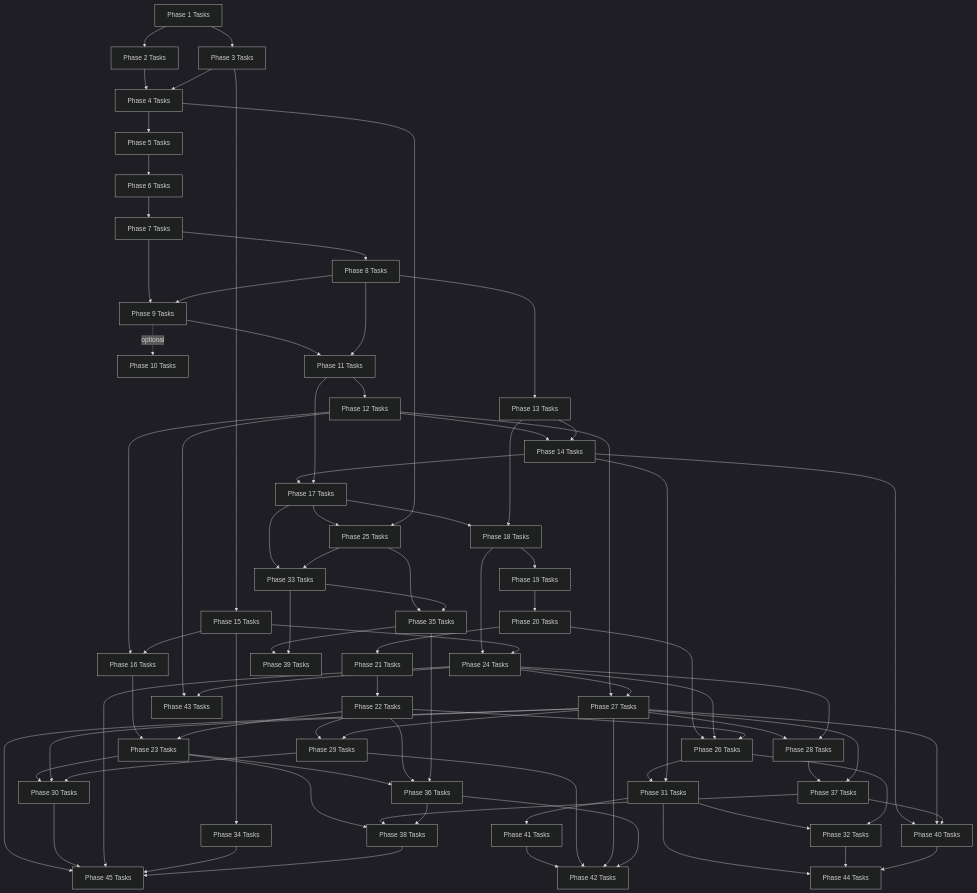
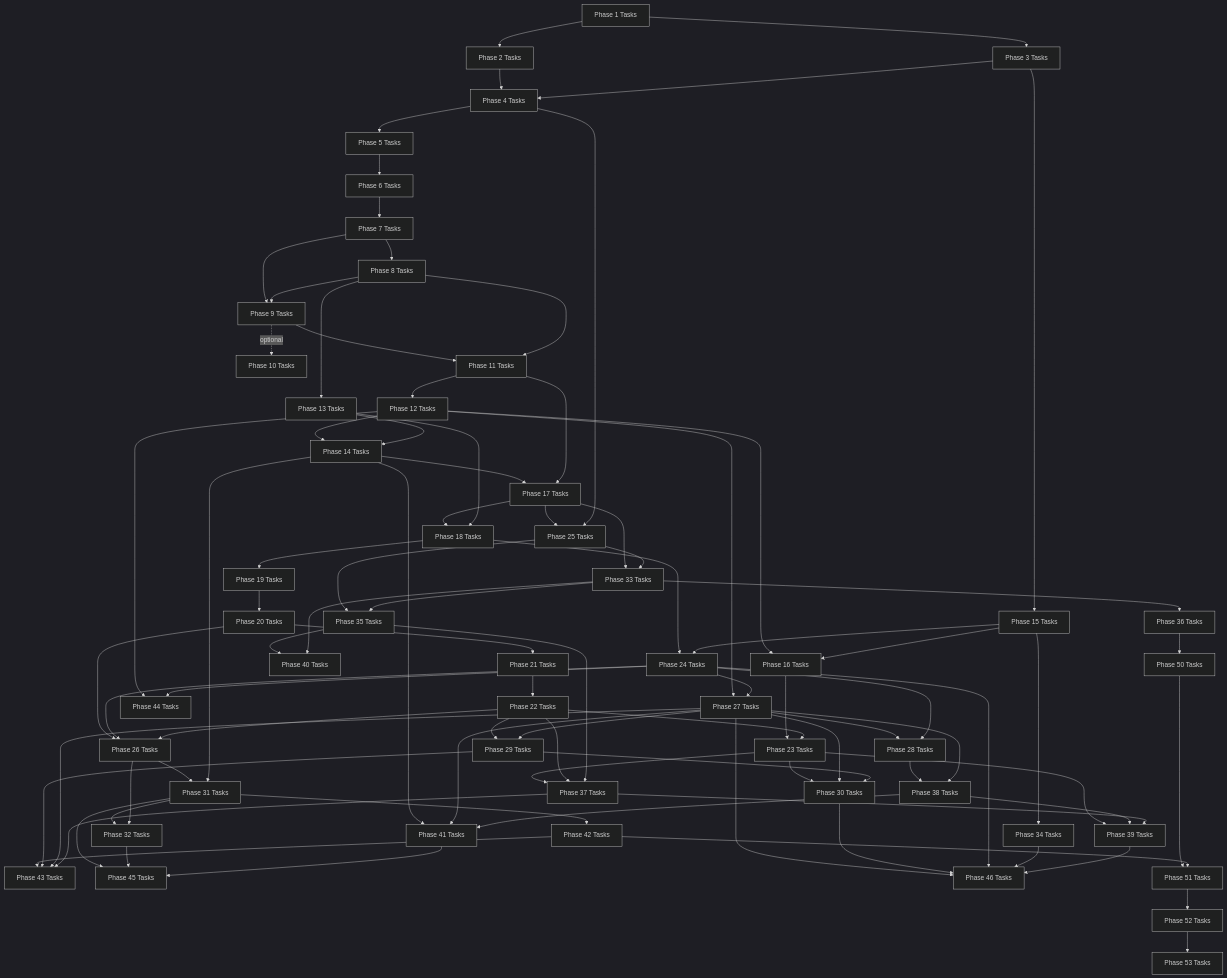
One commit to mikecubed/m3OS changed the diagram in docs/roadmap/tasks/README.md. Above: the diagram before and after it, drawn with Mermaid (dark theme). The commit also changed other lines of this file and 34 other files, not shown here.

First line of the commit message:
docs: expand roadmap with 5 new phases (36, 50-53) and Rust crate strategy (#60)

````diff
--- a/docs/roadmap/tasks/README.md
+++ b/docs/roadmap/tasks/README.md
@@ -93,34 +93,42 @@
     P15 --> P34["Phase 34 Tasks"]
     P25 --> P35["Phase 35 Tasks"]
     P33 --> P35
-    P23 --> P36["Phase 36 Tasks"]
-    P22 --> P36
-    P35 --> P36
-    P28 --> P37["Phase 37 Tasks"]
-    P27 --> P37
-    P23 --> P38["Phase 38 Tasks"]
-    P37 --> P38
-    P36 --> P38
-    P35 --> P39["Phase 39 Tasks"]
-    P33 --> P39
+    P33 --> P36["Phase 36 Tasks"]
+    P23 --> P37["Phase 37 Tasks"]
+    P22 --> P37
+    P35 --> P37
+    P28 --> P38["Phase 38 Tasks"]
+    P27 --> P38
+    P23 --> P39["Phase 39 Tasks"]
+    P38 --> P39
+    P37 --> P39
+    P35 --> P40["Phase 40 Tasks"]
+    P33 --> P40
 
     %% Application phases
-    P14 --> P40["Phase 40 Tasks"]
-    P27 --> P40
-    P37 --> P40
-    P31 --> P41["Phase 41 Tasks"]
-    P41 --> P42["Phase 42 Tasks"]
-    P29 --> P42
-    P27 --> P42
-    P36 --> P42
-    P12 --> P43["Phase 43 Tasks"]
-    P24 --> P43
-    P31 --> P44["Phase 44 Tasks"]
-    P32 --> P44
-    P40 --> P44
-    P27 --> P45["Phase 45 Tasks"]
-    P30 --> P45
-    P24 --> P45
-    P34 --> P45
-    P38 --> P45
+    P14 --> P41["Phase 41 Tasks"]
+    P27 --> P41
+    P38 --> P41
+    P31 --> P42["Phase 42 Tasks"]
+    P42 --> P43["Phase 43 Tasks"]
+    P29 --> P43
+    P27 --> P43
+    P37 --> P43
+    P12 --> P44["Phase 44 Tasks"]
+    P24 --> P44
+    P31 --> P45["Phase 45 Tasks"]
+    P32 --> P45
+    P41 --> P45
+    P27 --> P46["Phase 46 Tasks"]
+    P30 --> P46
+    P24 --> P46
+    P34 --> P46
+    P39 --> P46
+
+    %% Cross-compiled runtimes
+    P36 --> P50["Phase 50 Tasks"]
+    P50 --> P51["Phase 51 Tasks"]
+    P42 --> P51
+    P51 --> P52["Phase 52 Tasks"]
+    P52 --> P53["Phase 53 Tasks"]
 ```
````
